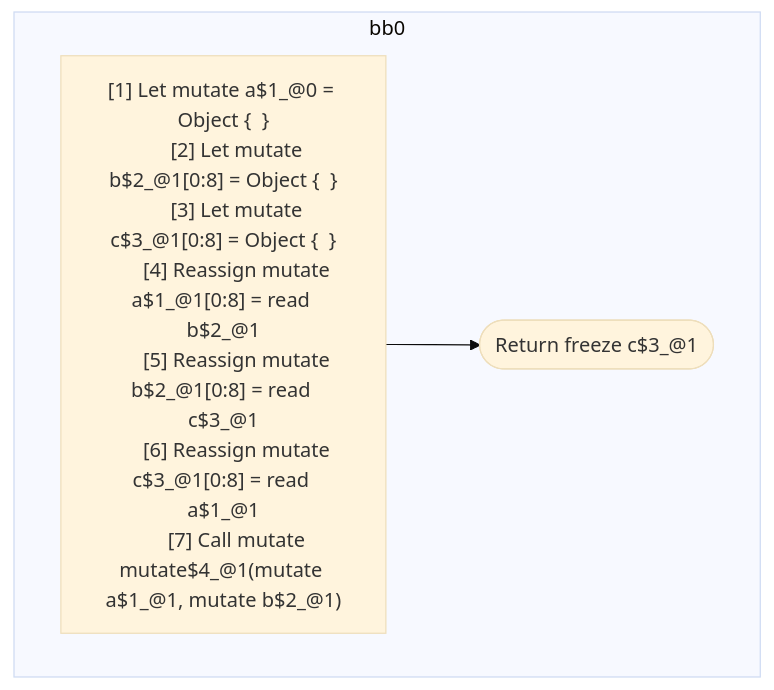
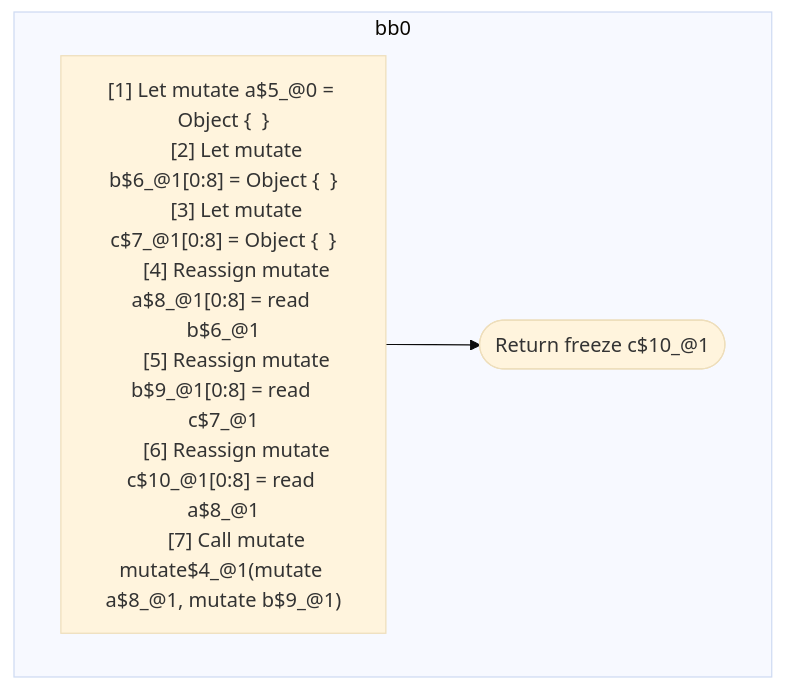
Before and after one commit to wutsmog/private: the second of 2 diagrams in compiler/forget/src/__tests__/fixtures/hir/simple-alias.expect.md, drawn with Mermaid (base theme). The commit also changed other lines of this file and 59 other files, not shown here.

````diff
--- a/compiler/forget/src/__tests__/fixtures/hir/simple-alias.expect.md
+++ b/compiler/forget/src/__tests__/fixtures/hir/simple-alias.expect.md
@@ -61,19 +61,19 @@
 ```mermaid
 flowchart TB
   %% Basic Blocks
   subgraph bb0
     bb0_instrs["
-      [1] Let mutate a$1_@0 = Object {  }
-      [2] Let mutate b$2_@1[0:8] = Object {  }
-      [3] Let mutate c$3_@1[0:8] = Object {  }
-      [4] Reassign mutate a$1_@1[0:8] = read b$2_@1
-      [5] Reassign mutate b$2_@1[0:8] = read c$3_@1
-      [6] Reassign mutate c$3_@1[0:8] = read a$1_@1
-      [7] Call mutate mutate$4_@1(mutate a$1_@1, mutate b$2_@1)
+      [1] Let mutate a$5_@0 = Object {  }
+      [2] Let mutate b$6_@1[0:8] = Object {  }
+      [3] Let mutate c$7_@1[0:8] = Object {  }
+      [4] Reassign mutate a$8_@1[0:8] = read b$6_@1
+      [5] Reassign mutate b$9_@1[0:8] = read c$7_@1
+      [6] Reassign mutate c$10_@1[0:8] = read a$8_@1
+      [7] Call mutate mutate$4_@1(mutate a$8_@1, mutate b$9_@1)
     "]
-    bb0_instrs --> bb0_terminal(["Return freeze c$3_@1"])
+    bb0_instrs --> bb0_terminal(["Return freeze c$10_@1"])
   end
 
   %% Jumps
   %% empty
 ```
````
